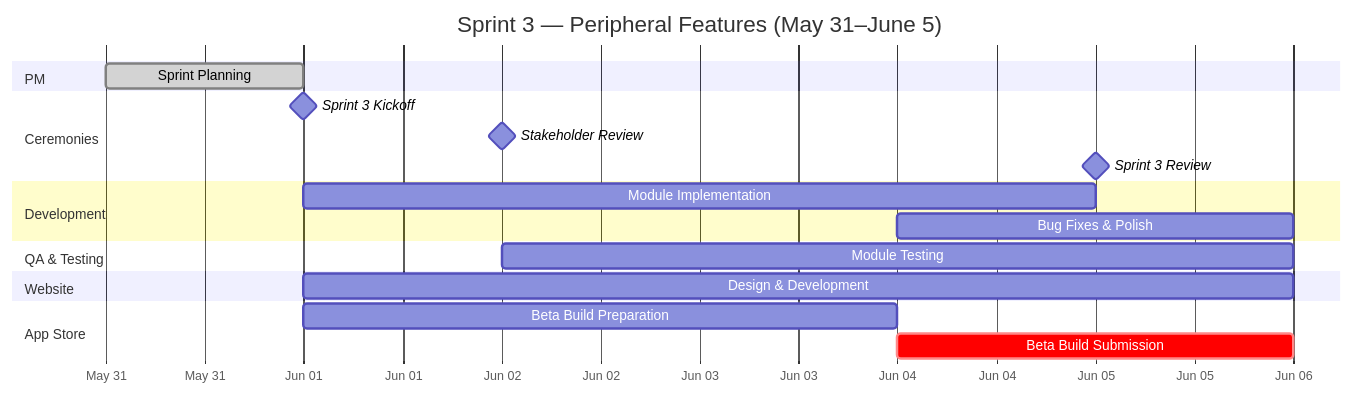
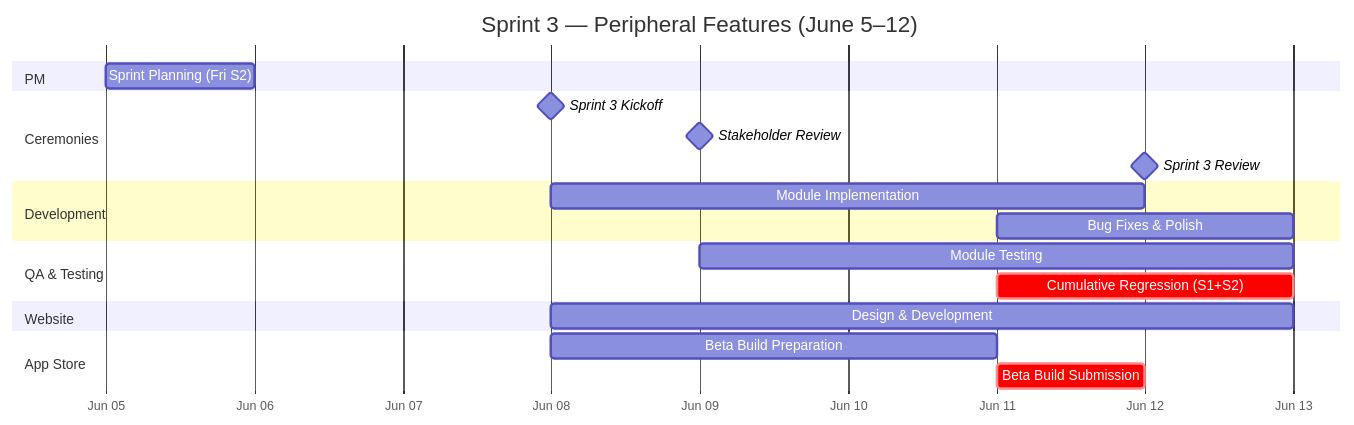
The sixth of 8 diagrams in product-plans/2026-05-13/launch-plan.md (joachimtrungtuan/hairline-pm-docs), drawn with Mermaid before and after one commit. The commit also changed other lines of this file, not shown here.

````diff
--- a/product-plans/2026-05-13/launch-plan.md
+++ b/product-plans/2026-05-13/launch-plan.md
@@ -337,28 +593,29 @@
 ```mermaid
 gantt
-    title Sprint 3 — Peripheral Features (May 31–June 5)
+    title Sprint 3 — Peripheral Features (June 5–12)
     dateFormat YYYY-MM-DD
     axisFormat %b %d
 
     section PM
-    Sprint Planning          :done, 2026-05-31, 1d
+    Sprint Planning (Fri S2) :2026-06-05, 1d
 
     section Ceremonies
-    Sprint 3 Kickoff         :milestone, 2026-06-01, 0d
-    Stakeholder Review       :milestone, 2026-06-02, 0d
-    Sprint 3 Review          :milestone, 2026-06-05, 0d
+    Sprint 3 Kickoff         :milestone, 2026-06-08, 0d
+    Stakeholder Review       :milestone, 2026-06-09, 0d
+    Sprint 3 Review          :milestone, 2026-06-12, 0d
 
     section Development
-    Module Implementation    :dev3, 2026-06-01, 4d
-    Bug Fixes & Polish       :fix3, 2026-06-04, 2d
+    Module Implementation    :dev3, 2026-06-08, 4d
+    Bug Fixes & Polish       :fix3, 2026-06-11, 2d
 
     section QA & Testing
-    Module Testing           :qa3, 2026-06-02, 4d
+    Module Testing           :qa3, 2026-06-09, 4d
+    Cumulative Regression (S1+S2)   :crit, reg3, 2026-06-11, 2d
 
     section Website
-    Design & Development     :web3, 2026-06-01, 5d
+    Design & Development     :web3, 2026-06-08, 5d
 
     section App Store
-    Beta Build Preparation   :as3prep, 2026-06-01, 3d
-    Beta Build Submission    :crit, as3, 2026-06-04, 2d
+    Beta Build Preparation   :as3prep, 2026-06-08, 3d
+    Beta Build Submission    :crit, as3, 2026-06-11, 1d
 ```
````
